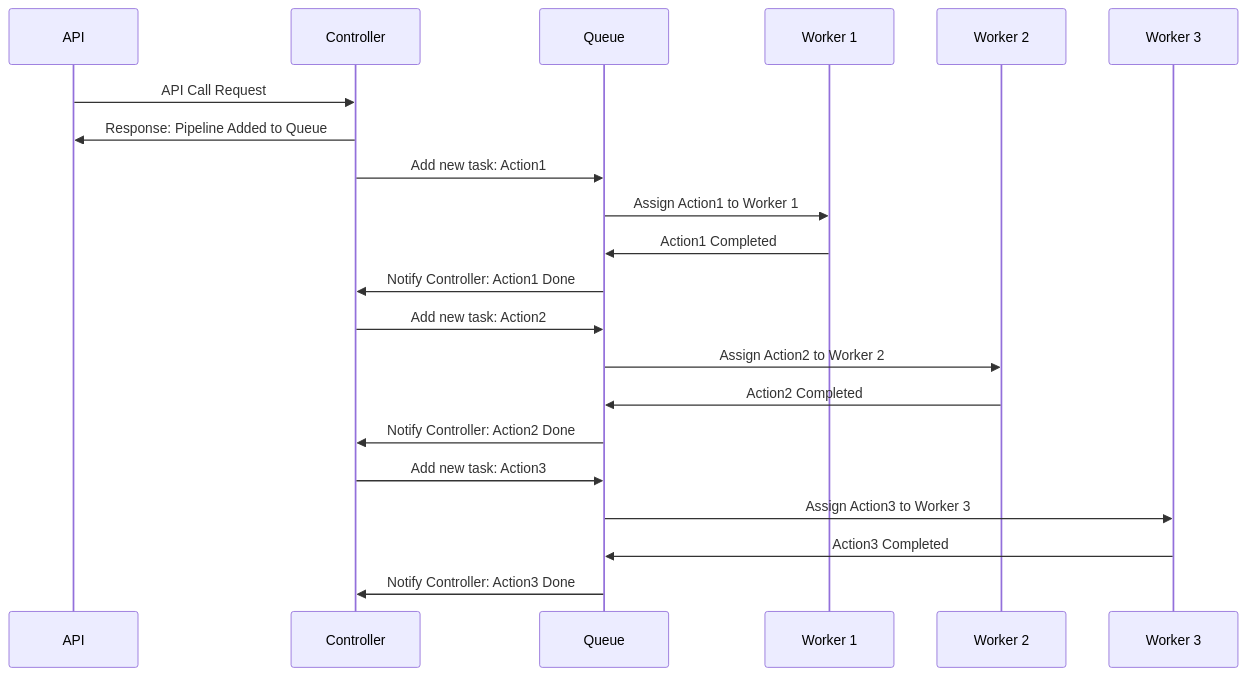
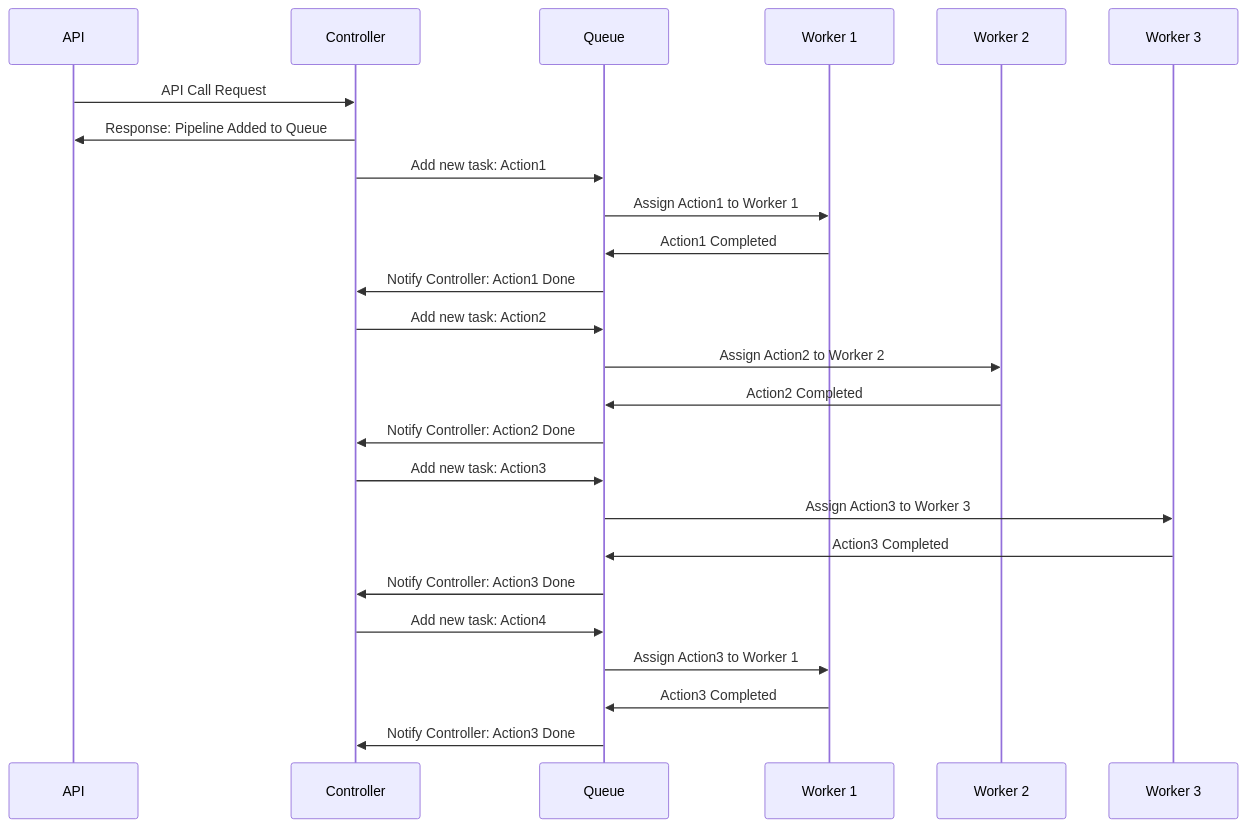
Before and after one commit to PiotrFerenc/task-tower: the diagram in README.md, drawn with Mermaid. The commit also changed other lines of this file, not shown here.

Commit message:
Update README with additional workflow diagram details
Expanded the workflow diagram in the README to include the interaction of adding and completing an additional task named Action4. The detailed explanation of this interaction was also added to enhance understanding of the task processing system.

````diff
--- a/README.md
+++ b/README.md
@@ -34,25 +34,28 @@
 ```mermaid
 sequenceDiagram
     participant a as API
     participant c as Controller
     participant q as Queue
     participant w1 as Worker 1 
     participant w2 as Worker 2
     participant w3 as Worker 3
 
     a->>c: API Call Request
     c->>a: Response: Pipeline Added to Queue
     c->>q: Add new task: Action1
     q->>w1: Assign Action1 to Worker 1
     w1->>q: Action1 Completed
     q->>c: Notify Controller: Action1 Done
     c->>q: Add new task: Action2
     q->>w2: Assign Action2 to Worker 2
     w2->>q: Action2 Completed
     q->>c: Notify Controller: Action2 Done
     c->>q: Add new task: Action3
     q->>w3: Assign Action3 to Worker 3
     w3->>q: Action3 Completed
     q->>c: Notify Controller: Action3 Done
-
+    c->>q: Add new task: Action4
+    q->>w1: Assign Action3 to Worker 1
+    w1->>q: Action3 Completed
+    q->>c: Notify Controller: Action3 Done
 ```
````
